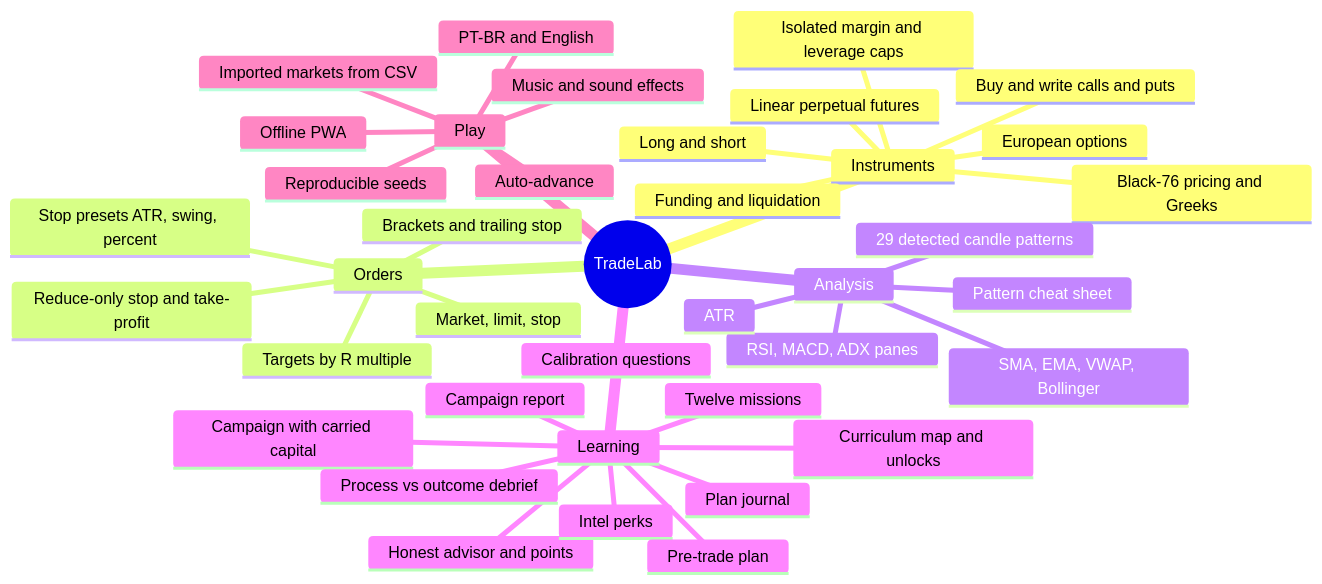
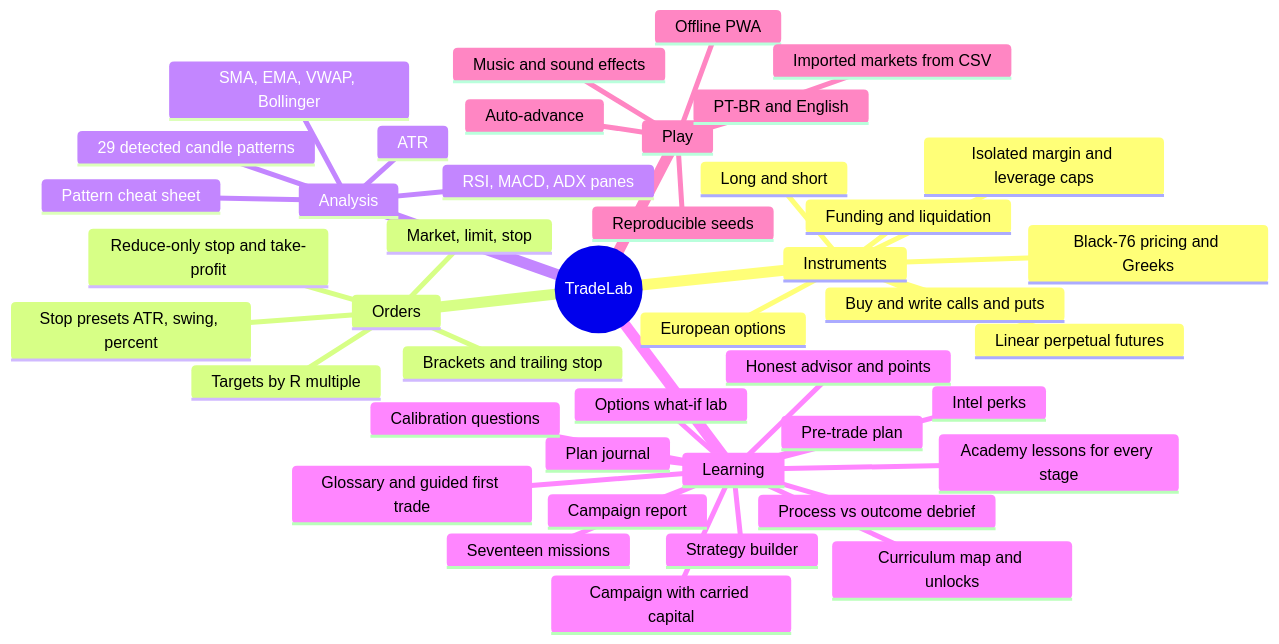
One commit to CyberdyneCorp/trading-game changed the first of 7 diagrams in README.md. Above: the diagram before and after it, drawn with Mermaid. The commit also changed other lines of this file and 9 other files, not shown here.

````diff
--- a/README.md
+++ b/README.md
@@ -68,42 +68,46 @@
 ```mermaid
 mindmap
   root((TradeLab))
     Instruments
       Linear perpetual futures
       Long and short
       Isolated margin and leverage caps
       Funding and liquidation
       European options
       Buy and write calls and puts
       Black-76 pricing and Greeks
     Orders
       Market, limit, stop
       Reduce-only stop and take-profit
       Brackets and trailing stop
       Stop presets ATR, swing, percent
       Targets by R multiple
     Analysis
       SMA, EMA, VWAP, Bollinger
       RSI, MACD, ADX panes
       ATR
       29 detected candle patterns
       Pattern cheat sheet
     Learning
-      Twelve missions
+      Seventeen missions
+      Academy lessons for every stage
+      Glossary and guided first trade
+      Options what-if lab
+      Strategy builder
       Campaign with carried capital
       Campaign report
       Curriculum map and unlocks
       Plan journal
       Honest advisor and points
       Intel perks
       Pre-trade plan
       Calibration questions
       Process vs outcome debrief
     Play
       Auto-advance
       Music and sound effects
       Offline PWA
       Imported markets from CSV
       PT-BR and English
       Reproducible seeds
 ```
````
